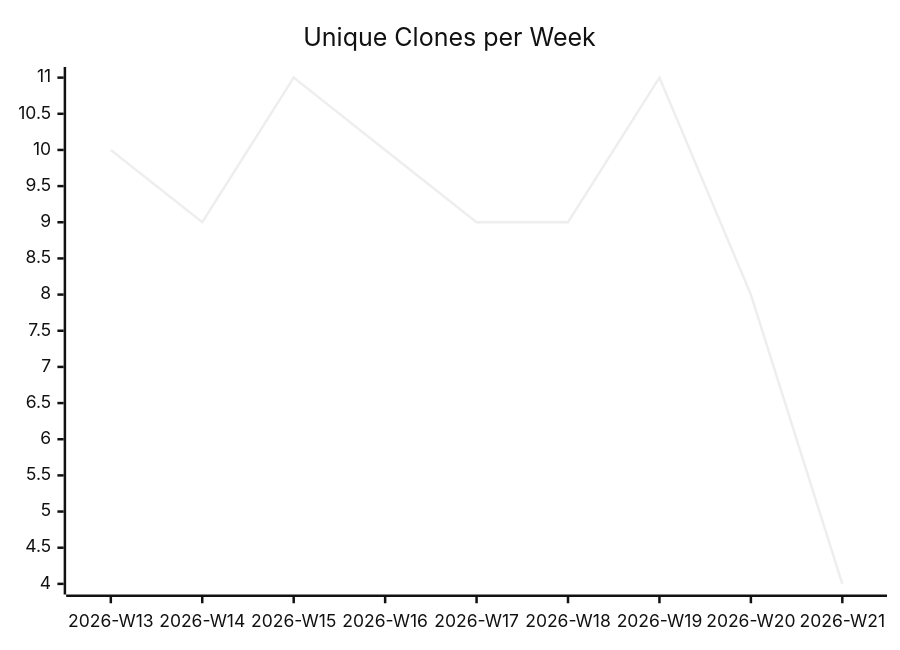
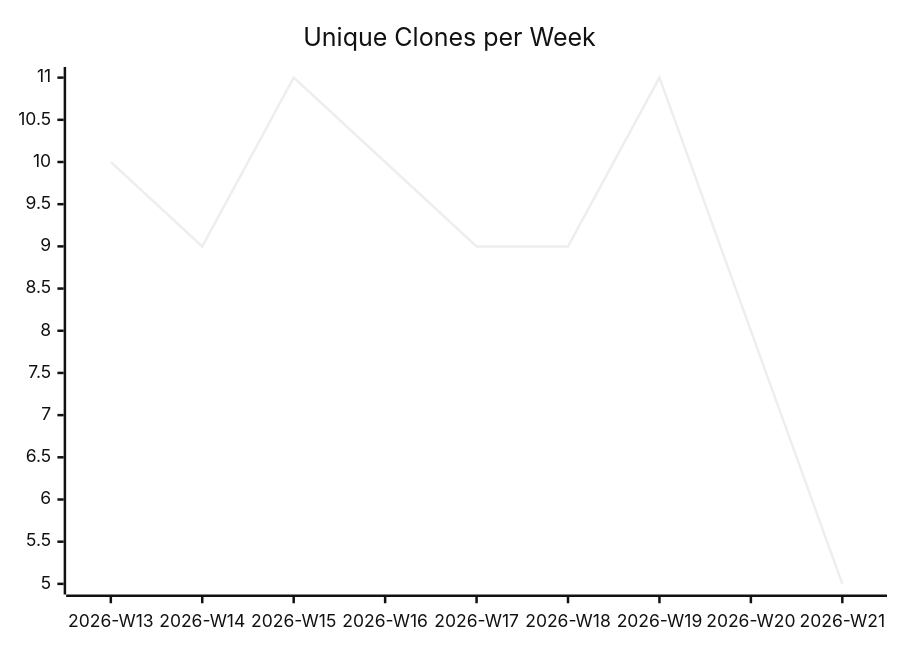
Before and after one commit to justdavis-family/github-analytics-data: the third of 3 diagrams in karlmdavis/usgs-water-api-java/README.md, drawn with Mermaid (neutral theme). The commit also changed other lines of this file and 189 other files, not shown here.

````diff
--- a/karlmdavis/usgs-water-api-java/README.md
+++ b/karlmdavis/usgs-water-api-java/README.md
@@ -19,6 +19,6 @@
 ```mermaid
 xychart-beta
   title "Unique Clones per Week"
   x-axis ["2026-W13", "2026-W14", "2026-W15", "2026-W16", "2026-W17", "2026-W18", "2026-W19", "2026-W20", "2026-W21"]
-  line [10, 9, 11, 10, 9, 9, 11, 8, 4]
+  line [10, 9, 11, 10, 9, 9, 11, 8, 5]
 ```
````
